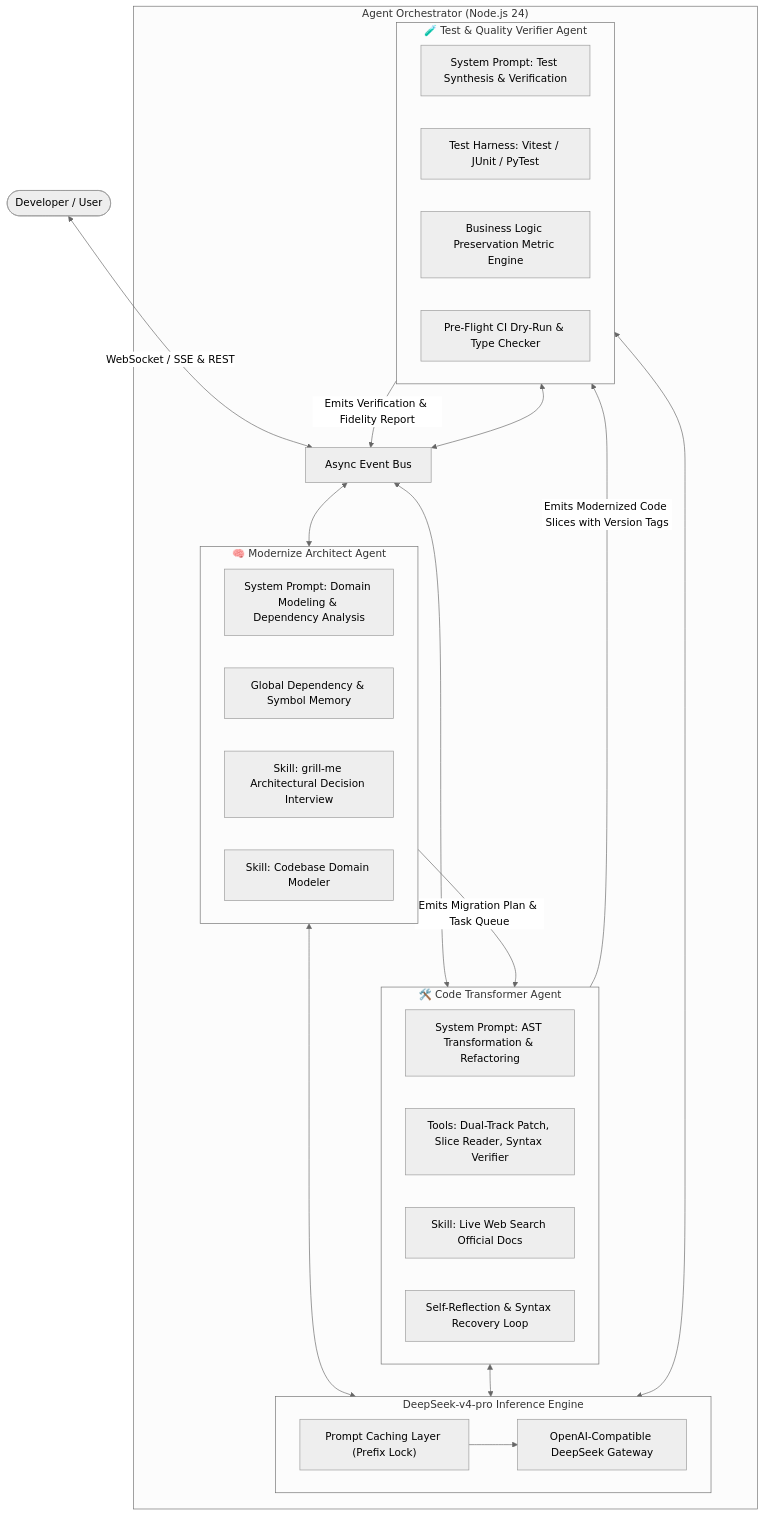
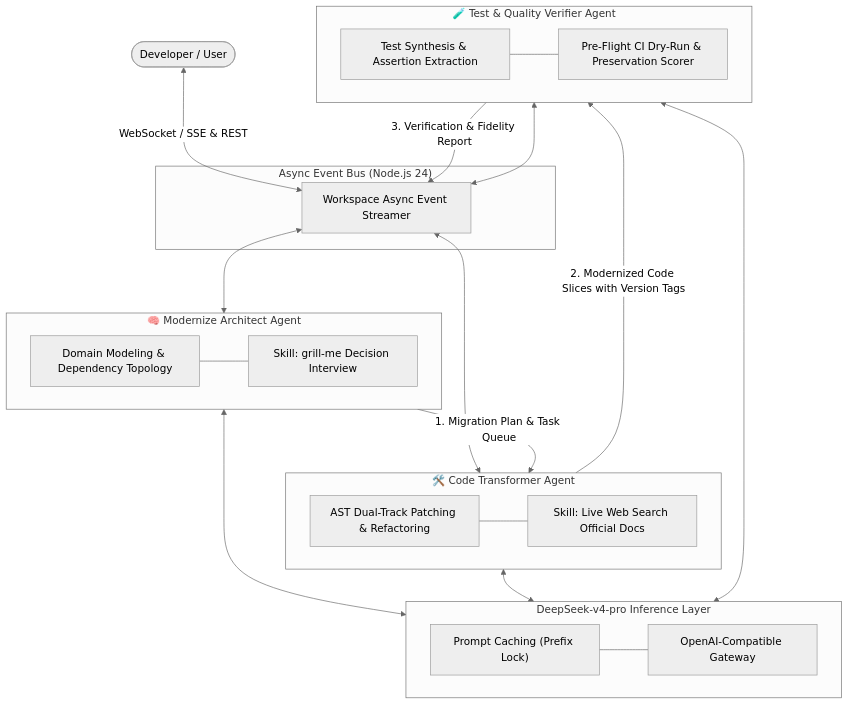
The first of 3 diagrams in docs/agent-orchestration.md (SakuraCianna/LegacyCodeModernizer), drawn with Mermaid (neutral theme) before and after one commit. The commit also changed 7 other files, not shown here.

Commit message:
docs: 扁平化重构全量 Mermaid 图表，修复 Typora 嵌套报错与高清晰度垂直排版

````diff
--- a/docs/agent-orchestration.md
+++ b/docs/agent-orchestration.md
@@ -13,48 +13,45 @@
 ```mermaid
-graph TD
+flowchart TD
     User(["Developer / User"])
 
-    subgraph Orchestration ["Agent Orchestrator (Node.js 24)"]
-        EventBus["Async Event Bus"]
+    subgraph BusLayer ["Async Event Bus (Node.js 24)"]
+        EventBus["Workspace Async Event Streamer"]
+    end
 
-        subgraph ArchAgent ["🧠 Modernize Architect Agent"]
-            A_Prompt["System Prompt: Domain Modeling & Dependency Analysis"]
-            A_Memory["Global Dependency & Symbol Memory"]
-            A_Skill1["Skill: grill-me Architectural Decision Interview"]
-            A_Skill2["Skill: Codebase Domain Modeler"]
-        end
+    subgraph ArchAgent ["🧠 Modernize Architect Agent"]
+        A_Prompt["Domain Modeling & Dependency Topology"]
+        A_Skill["Skill: grill-me Decision Interview"]
+        A_Prompt --- A_Skill
+    end
 
-        subgraph TransAgent ["🛠️ Code Transformer Agent"]
-            T_Prompt["System Prompt: AST Transformation & Refactoring"]
-            T_Tools["Tools: Dual-Track Patch, Slice Reader, Syntax Verifier"]
-            T_Skill3["Skill: Live Web Search Official Docs"]
-            T_Reflection["Self-Reflection & Syntax Recovery Loop"]
-        end
+    subgraph TransAgent ["🛠️ Code Transformer Agent"]
+        T_Prompt["AST Dual-Track Patching & Refactoring"]
+        T_Skill["Skill: Live Web Search Official Docs"]
+        T_Prompt --- T_Skill
+    end
 
-        subgraph TestAgent ["🧪 Test & Quality Verifier Agent"]
-            Q_Prompt["System Prompt: Test Synthesis & Verification"]
-            Q_Harness["Test Harness: Vitest / JUnit / PyTest"]
-            Q_Scorer["Business Logic Preservation Metric Engine"]
-            Q_CIDryRun["Pre-Flight CI Dry-Run & Type Checker"]
-        end
+    subgraph TestAgent ["🧪 Test & Quality Verifier Agent"]
+        Q_Prompt["Test Synthesis & Assertion Extraction"]
+        Q_Harness["Pre-Flight CI Dry-Run & Preservation Scorer"]
+        Q_Prompt --- Q_Harness
+    end
 
-        subgraph LLM_Engine ["DeepSeek-v4-pro Inference Engine"]
-            Cache["Prompt Caching Layer (Prefix Lock)"]
-            Client["OpenAI-Compatible DeepSeek Gateway"]
-            Cache --> Client
-        end
+    subgraph LLM_Engine ["DeepSeek-v4-pro Inference Layer"]
+        Cache["Prompt Caching (Prefix Lock)"]
+        Gateway["OpenAI-Compatible Gateway"]
+        Cache --- Gateway
     end
 
     User <-->|WebSocket / SSE & REST| EventBus
     EventBus <--> ArchAgent
     EventBus <--> TransAgent
     EventBus <--> TestAgent
 
-    ArchAgent -->|Emits Migration Plan & Task Queue| TransAgent
-    TransAgent -->|Emits Modernized Code Slices with Version Tags| TestAgent
-    TestAgent -->|Emits Verification & Fidelity Report| EventBus
+    ArchAgent -->|1. Migration Plan & Task Queue| TransAgent
+    TransAgent -->|2. Modernized Code Slices with Version Tags| TestAgent
+    TestAgent -->|3. Verification & Fidelity Report| EventBus
 
     ArchAgent <--> LLM_Engine
     TransAgent <--> LLM_Engine
     TestAgent <--> LLM_Engine
 ```
````
